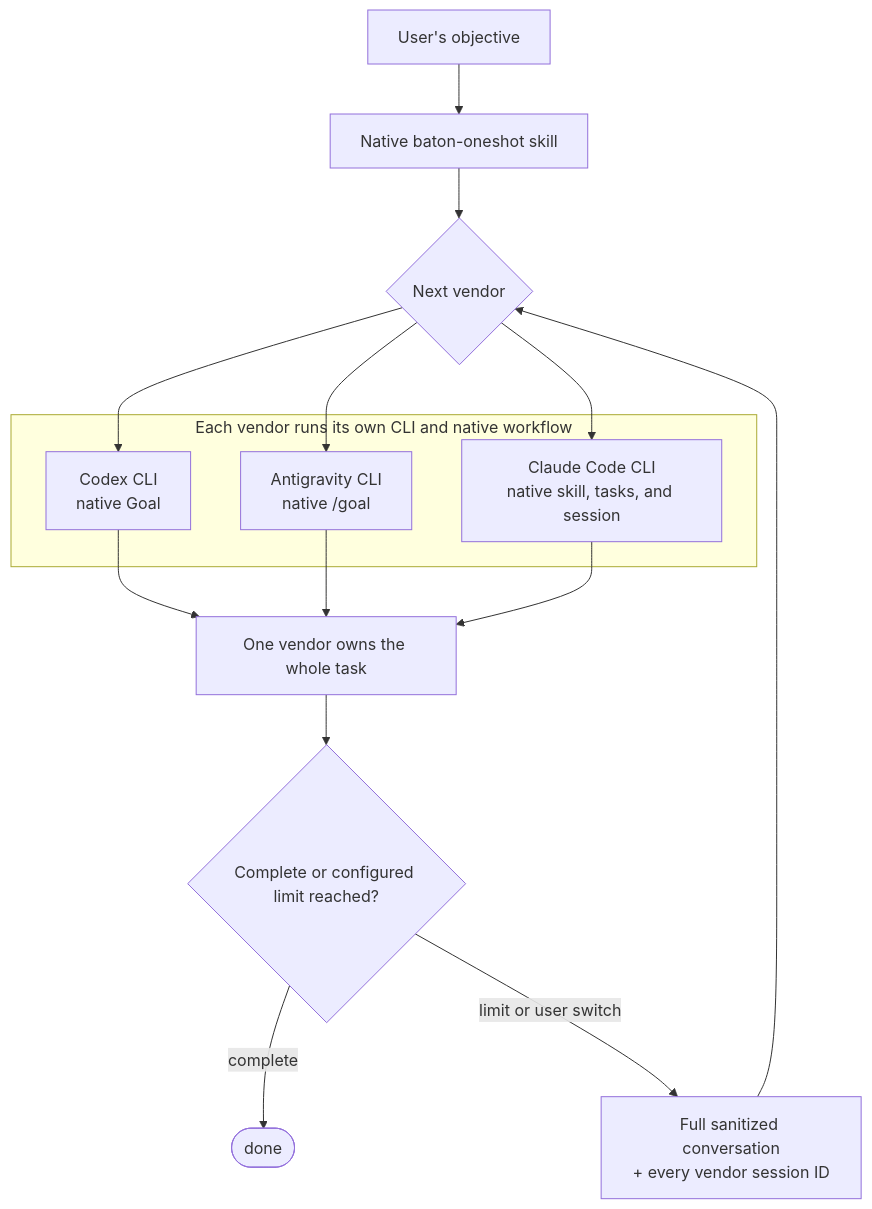
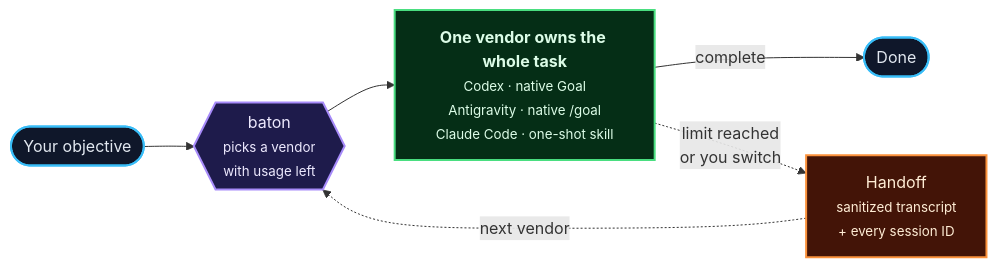
One commit to cahian/baton changed the diagram in README.md. Above: the diagram before and after it, drawn with Mermaid. The commit also changed 3 other files, not shown here.

````diff
--- a/README.md
+++ b/README.md
@@ -22,20 +22,17 @@
 ```mermaid
-flowchart TB
-    request["User's objective"] --> skill["Native baton-oneshot skill"]
-    skill --> choose{"Next vendor"}
-    subgraph vendors["Each vendor runs its own CLI and native workflow"]
-        codex["Codex CLI<br/>native Goal"]
-        agy["Antigravity CLI<br/>native /goal"]
-        claude["Claude Code CLI<br/>native skill, tasks, and session"]
-    end
-    choose --> codex
-    choose --> agy
-    choose --> claude
-    codex --> task["One vendor owns the whole task"]
-    agy --> task
-    claude --> task
-    task --> complete{"Complete or configured limit reached?"}
-    complete -- complete --> done(["done"])
-    complete -- limit or user switch --> transfer["Full sanitized conversation<br/>+ every vendor session ID"]
-    transfer --> choose
+flowchart LR
+    goal(["Your objective"]) --> baton{{"baton<br/><small>picks a vendor<br/>with usage left</small>"}}
+    baton --> vendor["<b>One vendor owns the whole task</b><br/><small>Codex · native Goal<br/>Antigravity · native /goal<br/>Claude Code · one-shot skill</small>"]
+    vendor -- "complete" --> done(["Done"])
+    vendor -. "limit reached<br/>or you switch" .-> handoff["Handoff<br/><small>sanitized transcript<br/>+ every session ID</small>"]
+    handoff -. "next vendor" .-> baton
+
+    classDef io fill:#0f172a,stroke:#38bdf8,color:#e2e8f0,stroke-width:2px
+    classDef core fill:#1e1b4b,stroke:#a78bfa,color:#ede9fe,stroke-width:2px
+    classDef agent fill:#052e16,stroke:#4ade80,color:#dcfce7,stroke-width:2px
+    classDef relay fill:#431407,stroke:#fb923c,color:#ffedd5,stroke-width:2px
+    class goal,done io
+    class baton core
+    class vendor agent
+    class handoff relay
 ```
````
